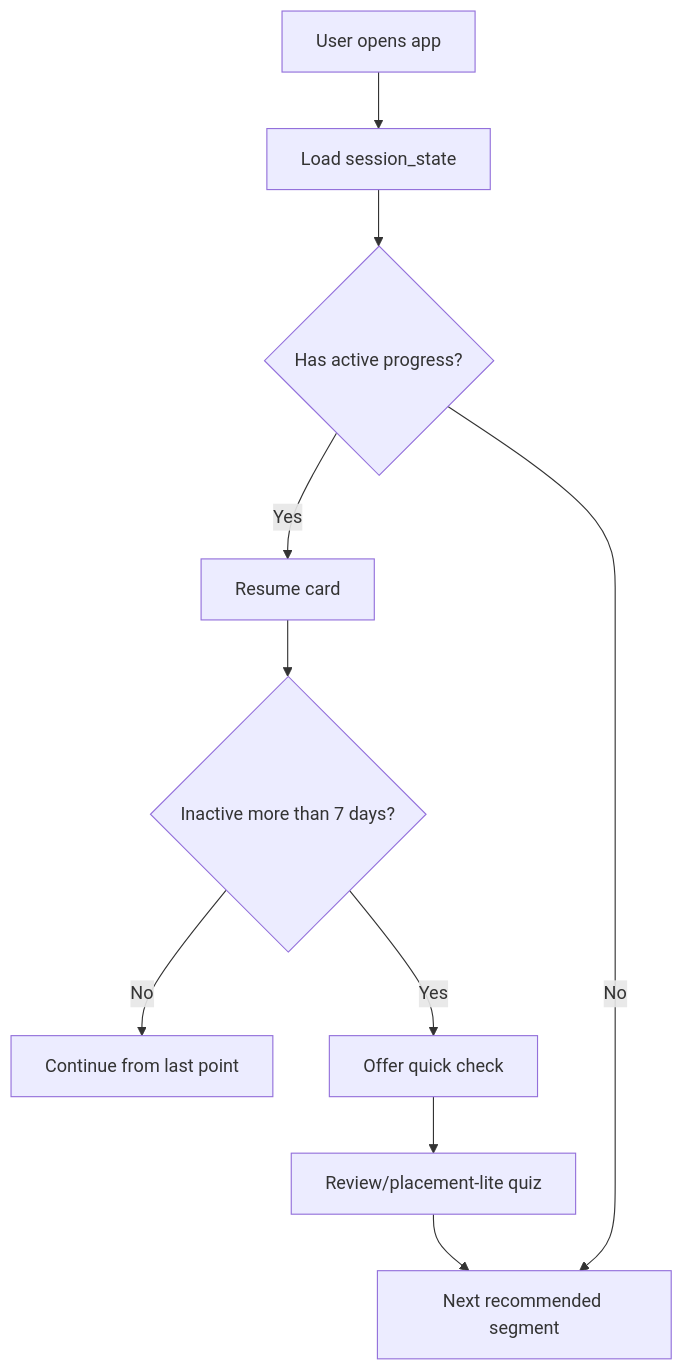
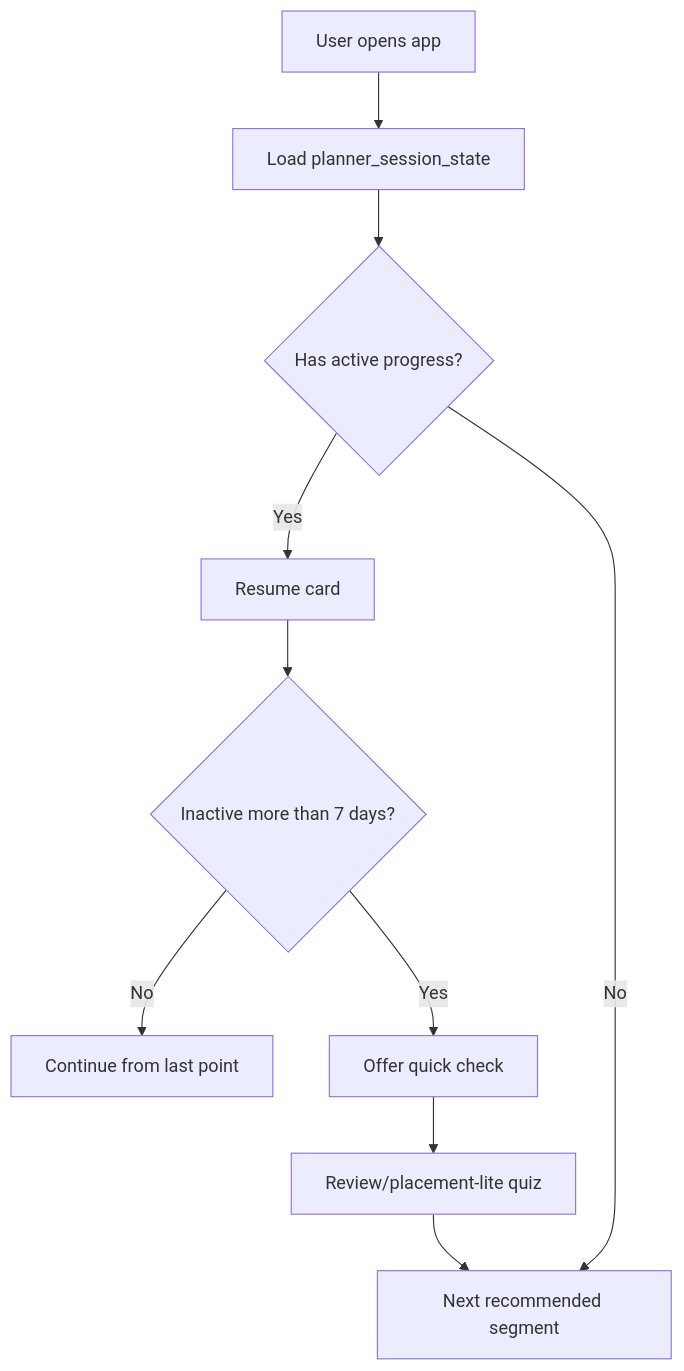
The third of 8 diagrams in docs/UI_V2_PLAN.md (luannnguyenai/team49-backup), drawn with Mermaid before and after one commit. The commit also changed other lines of this file, not shown here.

Commit message:
docs: refine ui v2 schema alignment

````diff
--- a/docs/UI_V2_PLAN.md
+++ b/docs/UI_V2_PLAN.md
@@ -211,12 +238,12 @@
 ```mermaid
 flowchart TD
-  A[User opens app] --> B[Load session_state]
+  A[User opens app] --> B[Load planner_session_state]
   B --> C{Has active progress?}
   C -- Yes --> D[Resume card]
   C -- No --> E[Next recommended segment]
   D --> F{Inactive more than 7 days?}
   F -- No --> G[Continue from last point]
   F -- Yes --> H[Offer quick check]
   H --> I[Review/placement-lite quiz]
   I --> E
 ```
````
